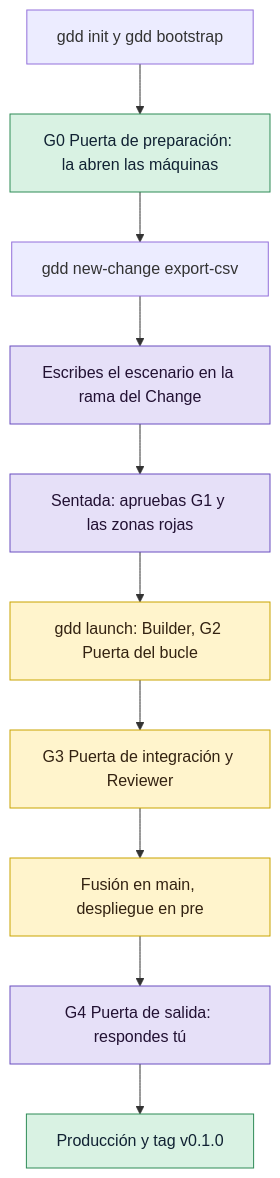
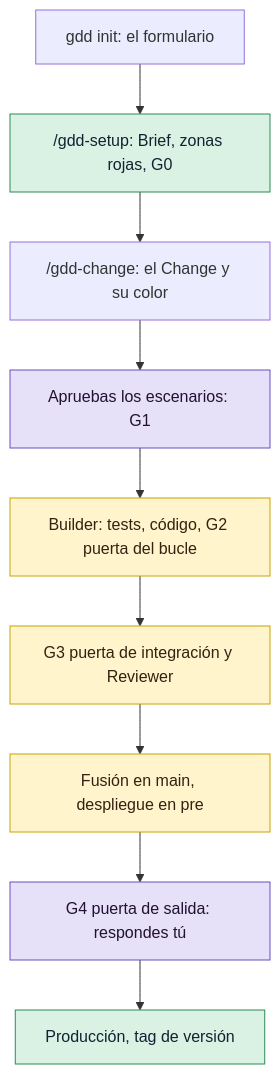
One commit to MarsGotta/gdd changed the diagram in docs/es/getting-started/tutorial.md. Above: the diagram before and after it, drawn with Mermaid. The commit also changed other lines of this file and 210 other files, not shown here.

````diff
--- a/docs/es/getting-started/tutorial.md
+++ b/docs/es/getting-started/tutorial.md
@@ -24,19 +32,18 @@
 ```mermaid
 flowchart TD
-    A["gdd init y gdd bootstrap"] --> B["G0 Puerta de preparación: la abren las máquinas"]
-    B --> C["gdd new-change export-csv"]
-    C --> D["Escribes el escenario en la rama del Change"]
-    D --> E["Sentada: apruebas G1 y las zonas rojas"]
-    E --> F["gdd launch: Builder, G2 Puerta del bucle"]
-    F --> G["G3 Puerta de integración y Reviewer"]
-    G --> H["Fusión en main, despliegue en pre"]
-    H --> I["G4 Puerta de salida: respondes tú"]
-    I --> J["Producción y tag v0.1.0"]
-    class D,E,I human
-    class F,G,H yellow
-    class B,J green
+    A["gdd init: el formulario"] --> B["/gdd-setup: Brief, zonas rojas, G0"]
+    B --> C["/gdd-change: el Change y su color"]
+    C --> D["Apruebas los escenarios: G1"]
+    D --> E["Builder: tests, código, G2 puerta del bucle"]
+    E --> F["G3 puerta de integración y Reviewer"]
+    F --> G["Fusión en main, despliegue en pre"]
+    G --> H["G4 puerta de salida: respondes tú"]
+    H --> I["Producción, tag de versión"]
+    class D,H human
+    class E,F,G yellow
+    class B,I green
     classDef green fill:#d9f2e3,stroke:#2e8b57,color:#123
     classDef yellow fill:#fff4cc,stroke:#c9a400,color:#321
     classDef red fill:#fbdcdc,stroke:#c0392b,color:#311
     classDef human fill:#e6e0f8,stroke:#6a4fc0,color:#213
 ```
````
